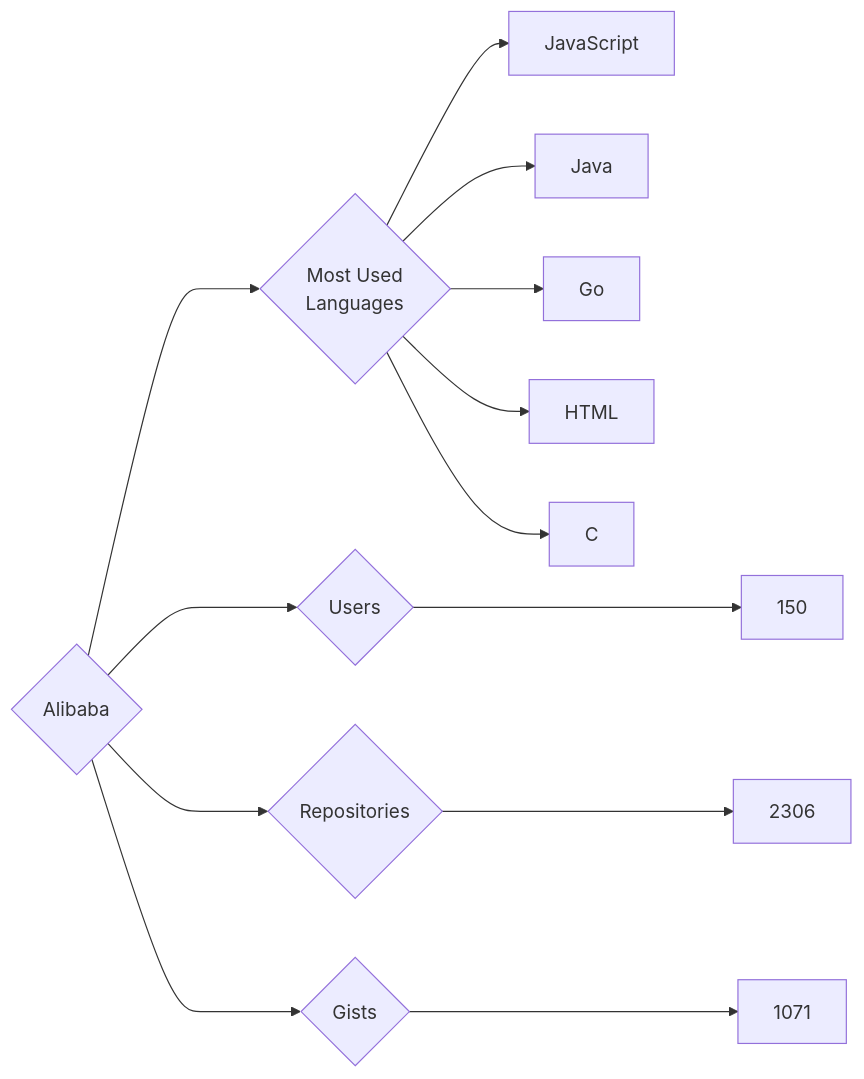
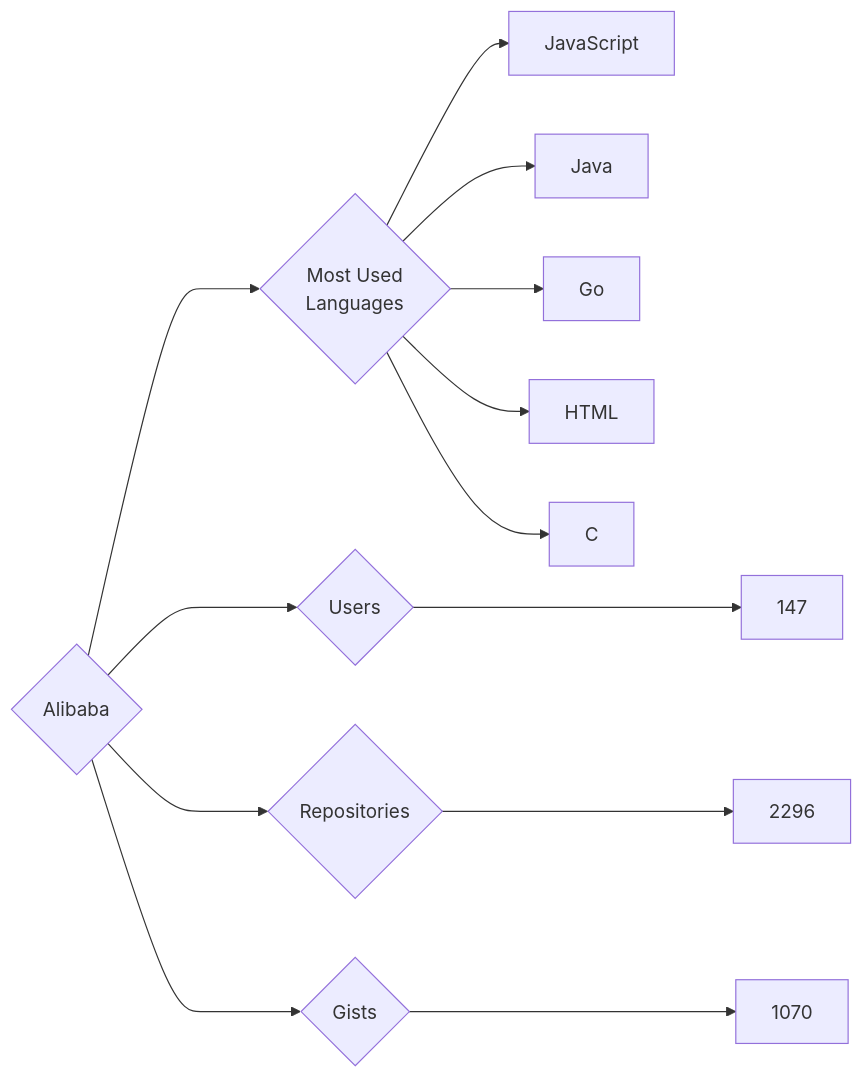
One commit to trickest/insiders changed the diagram in targets/Alibaba/README.md. Above: the diagram before and after it, drawn with Mermaid. The commit also changed 845 other files, not shown here.

````diff
--- a/targets/Alibaba/README.md
+++ b/targets/Alibaba/README.md
@@ -3,13 +3,13 @@
 ```mermaid
 graph LR
 COMPANY_NAME{Alibaba}
-COMPANY_NAME ---> U{Users} ---> UN[150]
-COMPANY_NAME ---> R{Repositories} ---> RN[2306]
-COMPANY_NAME ---> G{Gists} ---> GN[1071]
+COMPANY_NAME ---> U{Users} ---> UN[147]
+COMPANY_NAME ---> R{Repositories} ---> RN[2296]
+COMPANY_NAME ---> G{Gists} ---> GN[1070]
 COMPANY_NAME ---> ML{Most Used<br>Languages}
 ML --> JavaScript[JavaScript]
 ML --> Java[Java]
 ML --> Go[Go]
 ML --> HTML[HTML]
 ML --> C[C]
 ```
````
